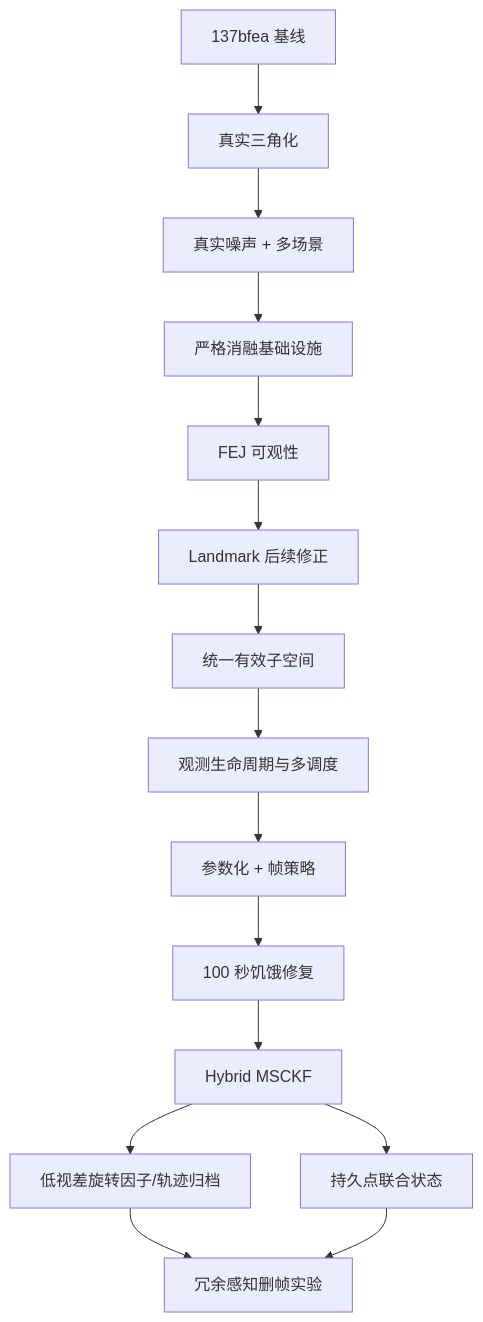
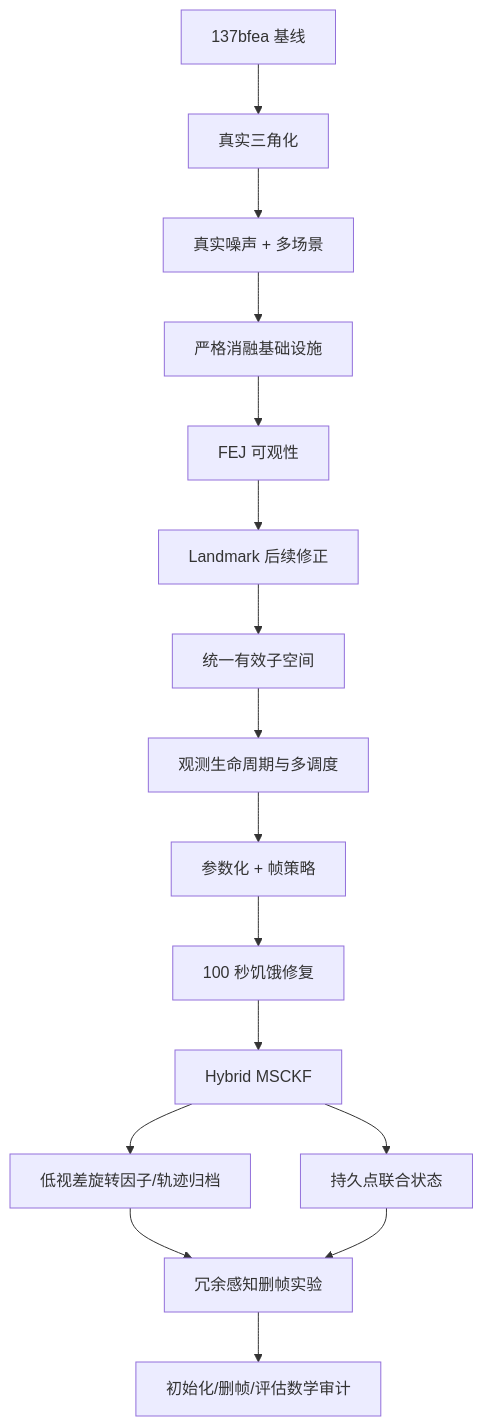
Before and after one commit to CainHu/SchurVIO: the first of 5 diagrams in docs/REIMPLEMENTATION_GUIDE_137BFEA_TO_HEAD.md, drawn with Mermaid. The commit also changed other lines of this file and 15 other files, not shown here.

```diff
--- a/docs/REIMPLEMENTATION_GUIDE_137BFEA_TO_HEAD.md
+++ b/docs/REIMPLEMENTATION_GUIDE_137BFEA_TO_HEAD.md
@@ -42,17 +46,18 @@
 ~~~mermaid
 flowchart TD
     B["137bfea 基线"] --> T["真实三角化"]
     T --> N["真实噪声 + 多场景"]
     N --> A["严格消融基础设施"]
     A --> F["FEJ 可观性"]
     F --> L["Landmark 后续修正"]
     L --> S["统一有效子空间"]
     S --> Q["观测生命周期与多调度"]
     Q --> P["参数化 + 帧策略"]
     P --> R["100 秒饥饿修复"]
     R --> H["Hybrid MSCKF"]
     H --> D["低视差旋转因子/轨迹归档"]
     H --> J["持久点联合状态"]
     D --> K["冗余感知删帧实验"]
     J --> K
+    K --> V["初始化/删帧/评估数学审计"]
 ~~~
```
